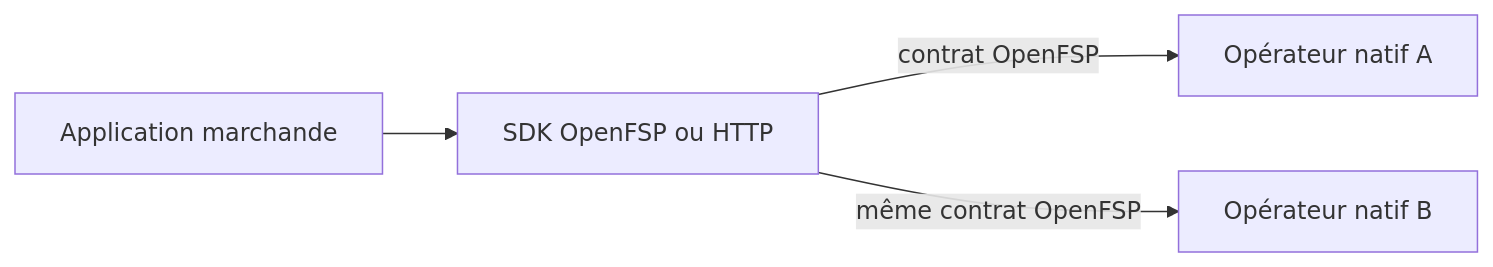
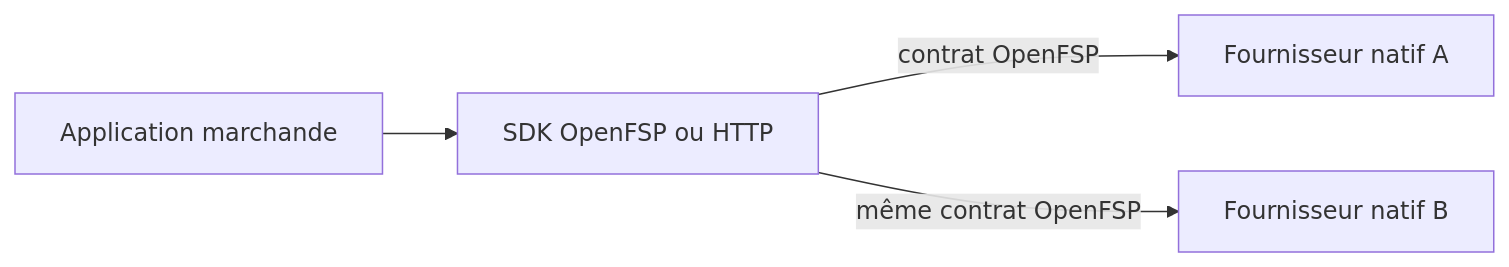
One commit to openfspht/openfsp.org changed the diagram in content/docs/architecture.mdx. Above: the diagram before and after it, drawn with Mermaid. The commit also changed other lines of this file and 14 other files, not shown here.

````diff
--- a/content/docs/architecture.mdx
+++ b/content/docs/architecture.mdx
@@ -14,6 +14,6 @@
 ```mermaid
 flowchart LR
     A["Application marchande"] --> S["SDK OpenFSP ou HTTP"]
-    S -- "contrat OpenFSP" --> P1["Opérateur natif A"]
-    S -- "même contrat OpenFSP" --> P2["Opérateur natif B"]
+    S -- "contrat OpenFSP" --> P1["Fournisseur natif A"]
+    S -- "même contrat OpenFSP" --> P2["Fournisseur natif B"]
 ```
````
